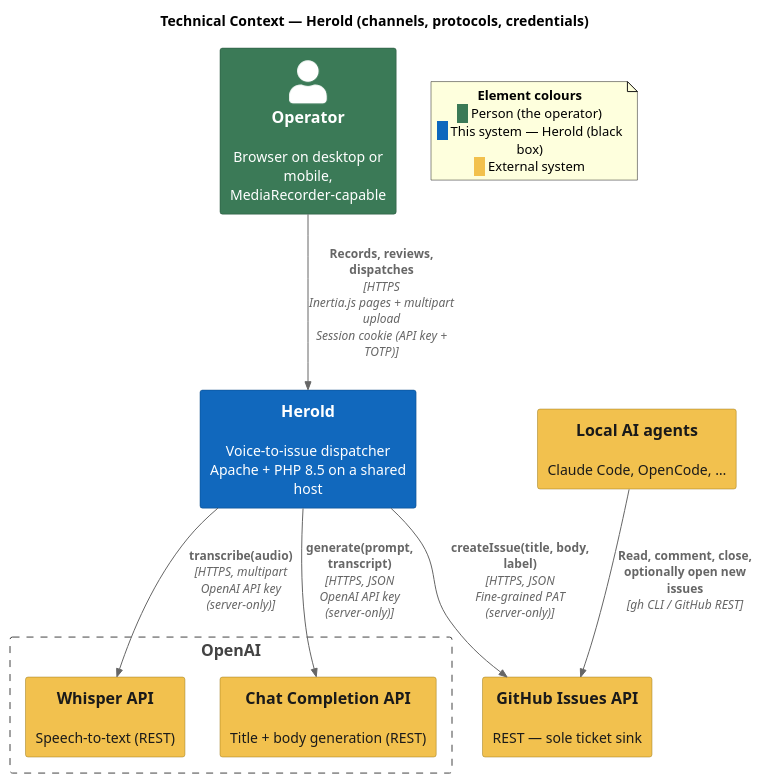
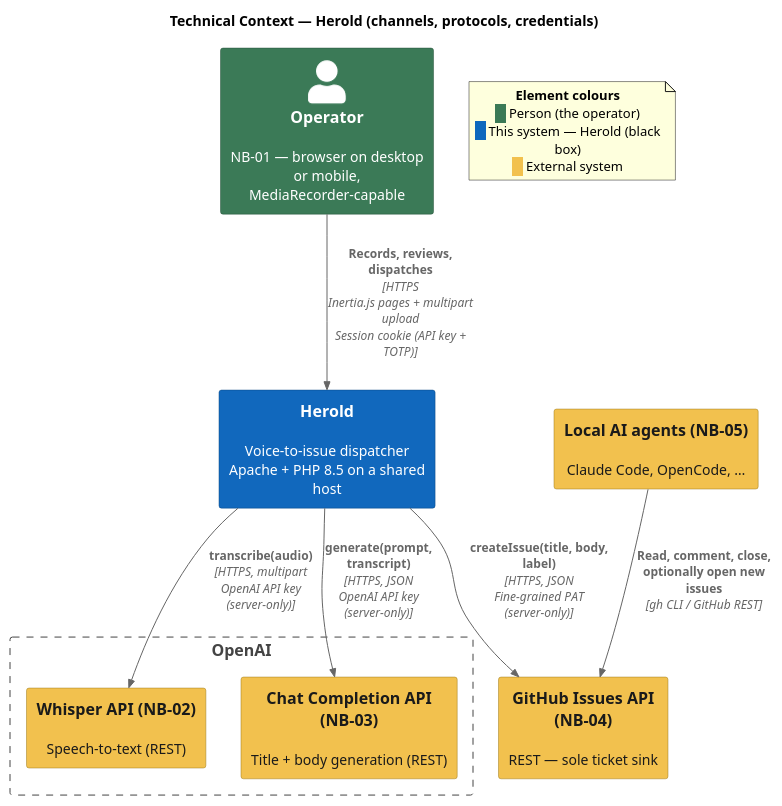
The diagram in docs/arch/diagrams/a03-technical-context.plantuml (carstenlucke/herold), drawn with PlantUML before and after one commit. The commit also changed 8 other files, not shown here.

First line of the commit message:
docs(arch): align building-block diagrams across refinement levels

```diff
--- a/docs/arch/diagrams/a03-technical-context.plantuml
+++ b/docs/arch/diagrams/a03-technical-context.plantuml
@@ -1,40 +1,40 @@
 @startuml a03-technical-context
 !include https://raw.githubusercontent.com/plantuml-stdlib/C4-PlantUML/master/C4_Context.puml
 
 ' Distinct fill colours: internal system is the dark accent, the
 ' external-system swatch is shifted clearly away from it so the
 ' two are unmistakable at a glance.
 UpdateElementStyle("system", $bgColor="#1168BD", $fontColor="#FFFFFF", $borderColor="#0B4884")
 UpdateElementStyle("external_system", $bgColor="#F2C14E", $fontColor="#1A1A1A", $borderColor="#9C7A1A")
 UpdateElementStyle("person", $bgColor="#3B7A57", $fontColor="#FFFFFF", $borderColor="#26513A")
 
 HIDE_STEREOTYPE()
 
 title Technical Context — Herold (channels, protocols, credentials)
 
-Person(operator, "Operator", "Browser on desktop or mobile,\nMediaRecorder-capable")
+Person(operator, "Operator", "NB-01 — browser on desktop or mobile,\nMediaRecorder-capable")
 
 System(herold, "Herold", "Voice-to-issue dispatcher\nApache + PHP 8.5 on a shared host")
 
 Boundary(openai, "OpenAI") {
-  System_Ext(whisper, "Whisper API", "Speech-to-text (REST)")
-  System_Ext(chat, "Chat Completion API", "Title + body generation (REST)")
+  System_Ext(whisper, "Whisper API (NB-02)", "Speech-to-text (REST)")
+  System_Ext(chat, "Chat Completion API (NB-03)", "Title + body generation (REST)")
 }
 
-System_Ext(github, "GitHub Issues API", "REST — sole ticket sink")
-System_Ext(agents, "Local AI agents", "Claude Code, OpenCode, …")
+System_Ext(github, "GitHub Issues API (NB-04)", "REST — sole ticket sink")
+System_Ext(agents, "Local AI agents (NB-05)", "Claude Code, OpenCode, …")
 
 Rel(operator, herold, "Records, reviews, dispatches", "HTTPS\nInertia.js pages + multipart upload\nSession cookie (API key + TOTP)")
 Rel(herold, whisper, "transcribe(audio)", "HTTPS, multipart\nOpenAI API key (server-only)")
 Rel(herold, chat, "generate(prompt, transcript)", "HTTPS, JSON\nOpenAI API key (server-only)")
 Rel(herold, github, "createIssue(title, body, label)", "HTTPS, JSON\nFine-grained PAT (server-only)")
 Rel(agents, github, "Read, comment, close,\noptionally open new issues", "gh CLI / GitHub REST")
 
 note as Legend
   **Element colours**
   <back:#3B7A57>   </back> Person (the operator)
   <back:#1168BD>   </back> This system — Herold (black box)
   <back:#F2C14E>   </back> External system
 end note
 
 @enduml
```
